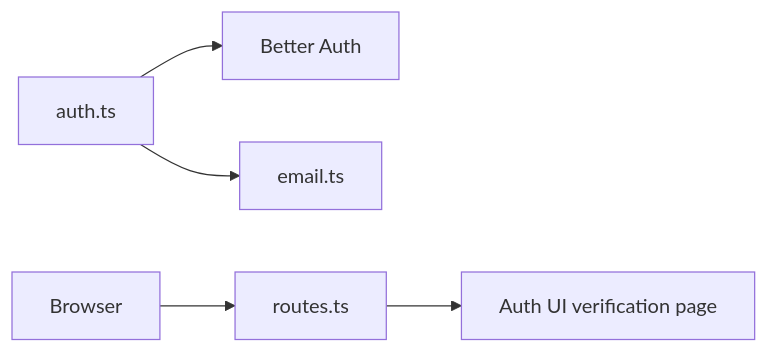
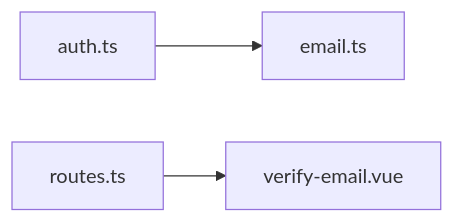
The first of 2 diagrams in server/docs/ai/adr/2026-09-30-email-verification-landing.md (moeru-ai/airi), drawn with Mermaid before and after one commit. The commit also changed other lines of this file and 6 other files, not shown here.

Commit message:
refactor(auth): narrow verification fix and remove added test configuration

````diff
--- a/server/docs/ai/adr/2026-09-30-email-verification-landing.md
+++ b/server/docs/ai/adr/2026-09-30-email-verification-landing.md
@@ -26,7 +16,5 @@
 ```mermaid
 flowchart LR
-  Auth[auth.ts] --> BetterAuth[Better Auth]
-  Auth --> Email[email.ts]
-  Browser --> Routes[routes.ts]
-  Routes --> UI[Auth UI verification page]
+  Auth[auth.ts] --> Email[email.ts]
+  Routes[routes.ts] --> UI[verify-email.vue]
 ```
````
